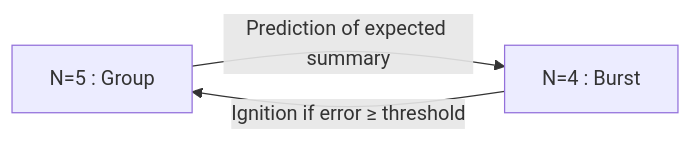
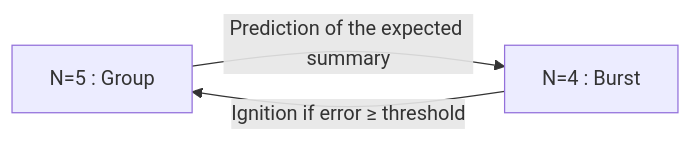
The second of 7 diagrams in architecture/architecture.md (AlainCo/GNWT-Garrigue-X-en), drawn with Mermaid before and after one commit. The commit also changed other lines of this file and 16 other files, not shown here.

````diff
--- a/architecture/architecture.md
+++ b/architecture/architecture.md
@@ -25,5 +25,5 @@
 ```mermaid
 flowchart LR
-    N5["N=5 : Group"] -->|"Prediction of expected summary"| N4["N=4 : Burst"]
+    N5["N=5 : Group"] -->|"Prediction of the expected summary"| N4["N=4 : Burst"]
     N4 -->|"Ignition if error ≥ threshold"| N5
 ```
````
